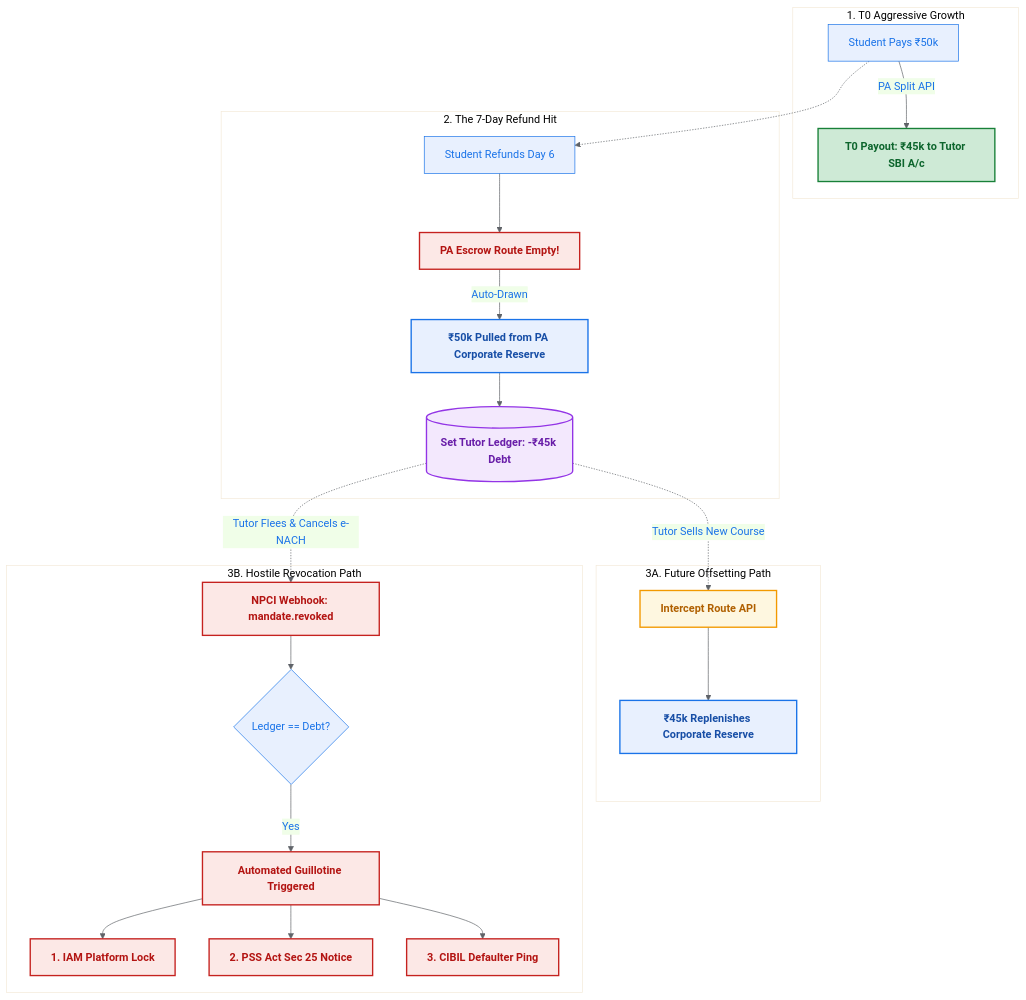
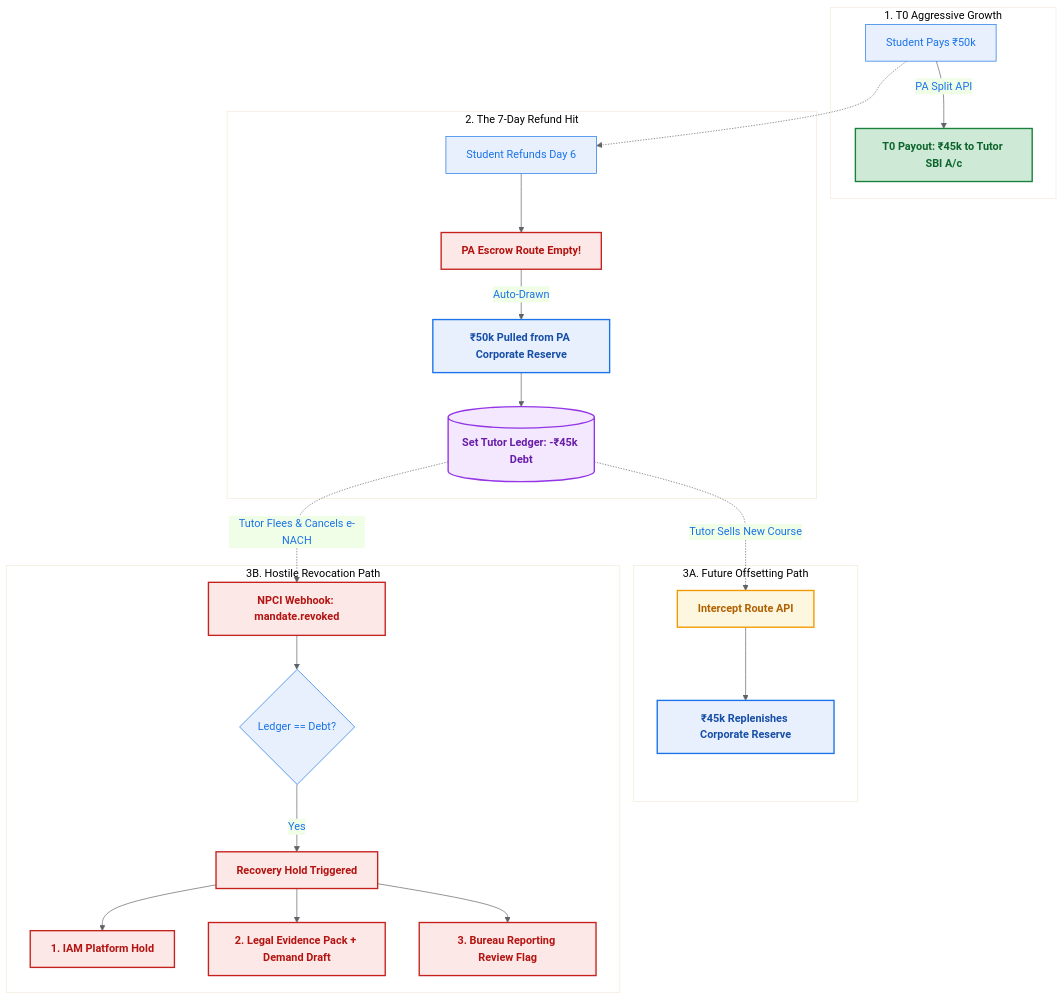
Before and after one commit to VIKAS9793/FinTech-Hub: the diagram in cases/tier-2-enterprise/04-edtech-future-offsetting/solution.md, drawn with Mermaid. The commit also changed other lines of this file and 26 other files, not shown here.

````diff
--- a/cases/tier-2-enterprise/04-edtech-future-offsetting/solution.md
+++ b/cases/tier-2-enterprise/04-edtech-future-offsetting/solution.md
@@ -3,35 +13,35 @@
 ```mermaid
 %%{init: {'theme': 'base', 'themeVariables': { 'primaryColor': '#E8F0FE', 'primaryBorderColor': '#1A73E8', 'primaryTextColor': '#1A73E8', 'lineColor': '#5F6368', 'fontFamily': 'Inter, Arial'}}}%%
 graph TD
     classDef nodal fill:#E8F0FE,stroke:#1A73E8,stroke-width:2px,color:#174EA6,font-weight:bold
     classDef success fill:#CEEAD6,stroke:#188038,stroke-width:2px,color:#0D652D,font-weight:bold
     classDef danger fill:#FCE8E6,stroke:#C5221F,stroke-width:2px,color:#B31412,font-weight:bold
     classDef warning fill:#FEF7E0,stroke:#F29900,stroke-width:2px,color:#B06000,font-weight:bold
     classDef ledger fill:#F3E8FD,stroke:#9334E6,stroke-width:2px,color:#681DA8,font-weight:bold
 
     subgraph "1. T0 Aggressive Growth"
         A[Student Pays ₹50k] -->|PA Split API| B[T0 Payout: ₹45k to Tutor SBI A/c]:::success
     end
 
     subgraph "2. The 7-Day Refund Hit"
         C[Student Refunds Day 6] --> D[PA Escrow Route Empty!]:::danger
         D -->|Auto-Drawn| E[₹50k Pulled from PA Corporate Reserve]:::nodal
         E --> F[(Set Tutor Ledger: -₹45k Debt)]:::ledger
     end
 
     subgraph "3A. Future Offsetting Path"
         F -.->|Tutor Sells New Course| G[Intercept Route API]:::warning
         G --> H[₹45k Replenishes Corporate Reserve]:::nodal
     end
 
     subgraph "3B. Hostile Revocation Path"
         F -.->|Tutor Flees & Cancels e-NACH| I[NPCI Webhook: mandate.revoked]:::danger
         I --> J{Ledger == Debt?}
-        J -->|Yes| K[Automated Guillotine Triggered]:::danger
-        K --> L[1. IAM Platform Lock]:::danger
-        K --> M[2. PSS Act Sec 25 Notice]:::danger
-        K --> N[3. CIBIL Defaulter Ping]:::danger
+        J -->|Yes| K[Recovery Hold Triggered]:::danger
+        K --> L[1. IAM Platform Hold]:::danger
+        K --> M[2. Legal Evidence Pack + Demand Draft]:::danger
+        K --> N[3. Bureau Reporting Review Flag]:::danger
     end
     
     A -.-> C
 ```
````
